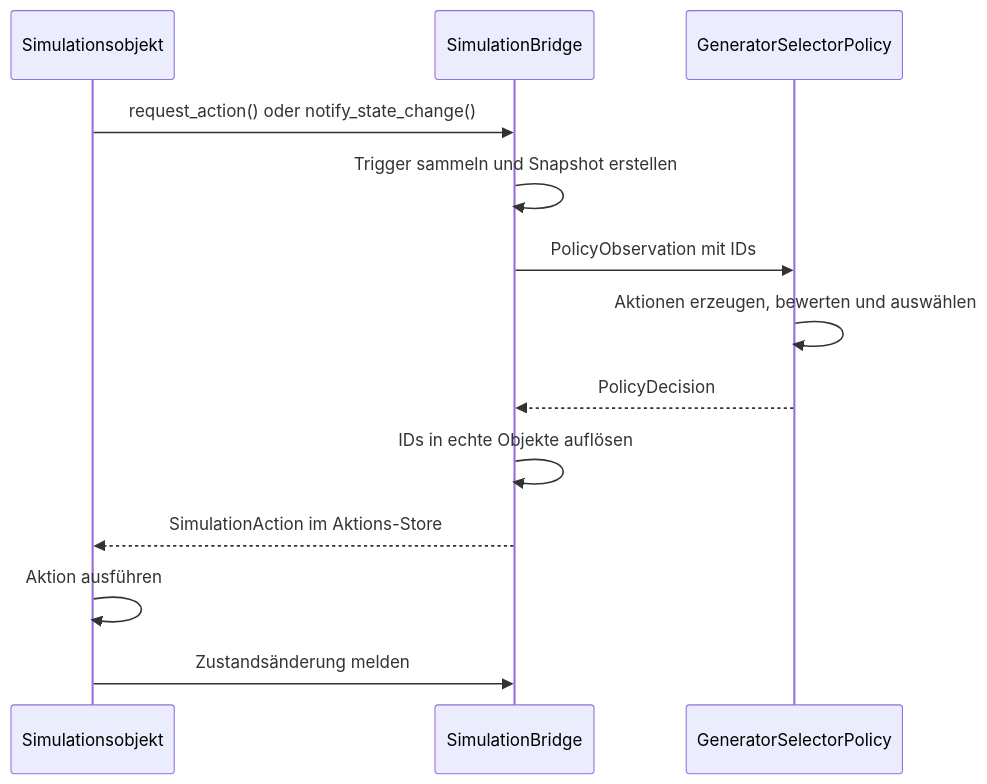
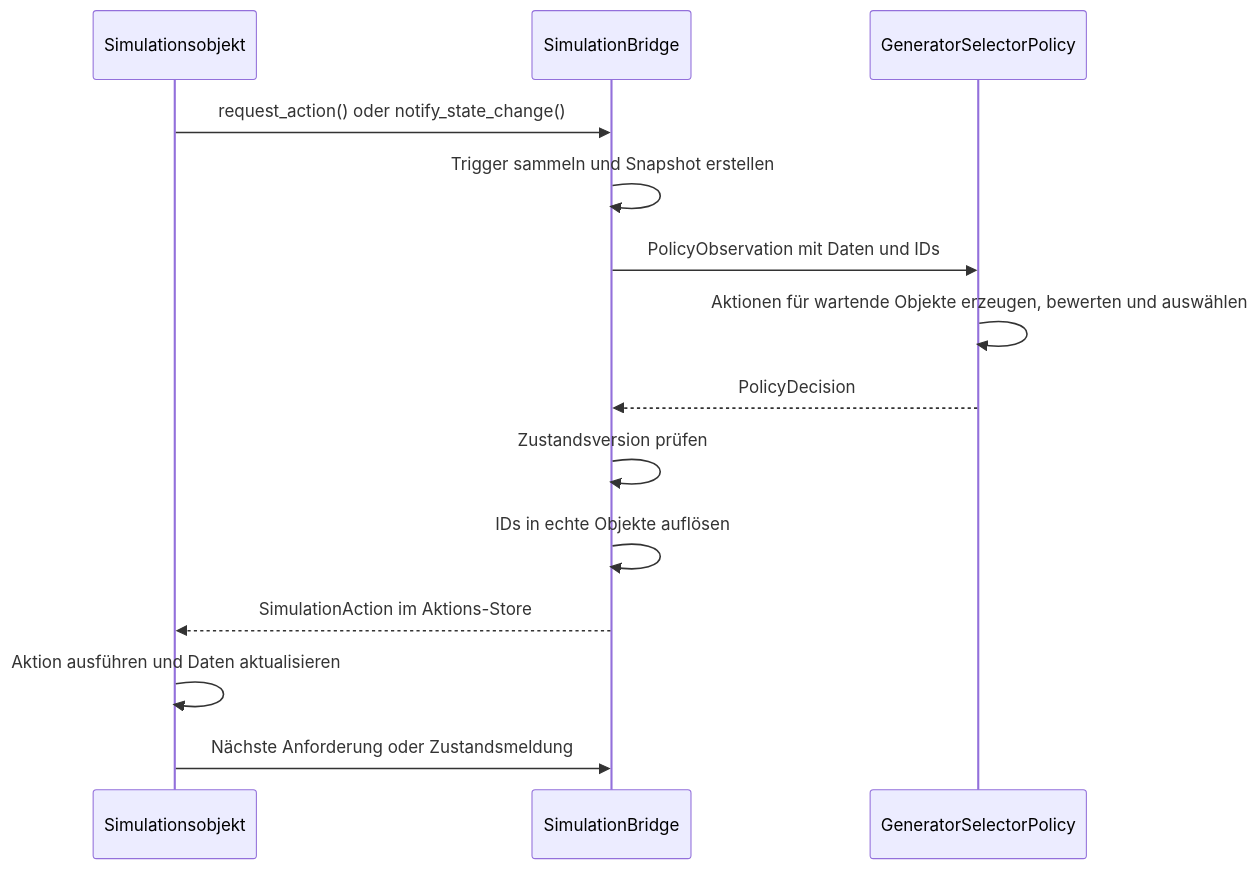
The fourth of 13 diagrams in README.md (ghackenberg/SpineML), drawn with Mermaid before and after one commit. The commit also changed other lines of this file, not shown here.

````diff
--- a/README.md
+++ b/README.md
@@ -559,16 +727,17 @@
 ```mermaid
 sequenceDiagram
     participant Sim as Simulationsobjekt
     participant Bridge as SimulationBridge
     participant Policy as GeneratorSelectorPolicy
 
     Sim->>Bridge: request_action() oder notify_state_change()
     Bridge->>Bridge: Trigger sammeln und Snapshot erstellen
-    Bridge->>Policy: PolicyObservation mit IDs
-    Policy->>Policy: Aktionen erzeugen, bewerten und auswählen
+    Bridge->>Policy: PolicyObservation mit Daten und IDs
+    Policy->>Policy: Aktionen für wartende Objekte erzeugen, bewerten und auswählen
     Policy-->>Bridge: PolicyDecision
+    Bridge->>Bridge: Zustandsversion prüfen
     Bridge->>Bridge: IDs in echte Objekte auflösen
     Bridge-->>Sim: SimulationAction im Aktions-Store
-    Sim->>Sim: Aktion ausführen
-    Sim->>Bridge: Zustandsänderung melden
+    Sim->>Sim: Aktion ausführen und Daten aktualisieren
+    Sim->>Bridge: Nächste Anforderung oder Zustandsmeldung
 ```
````
